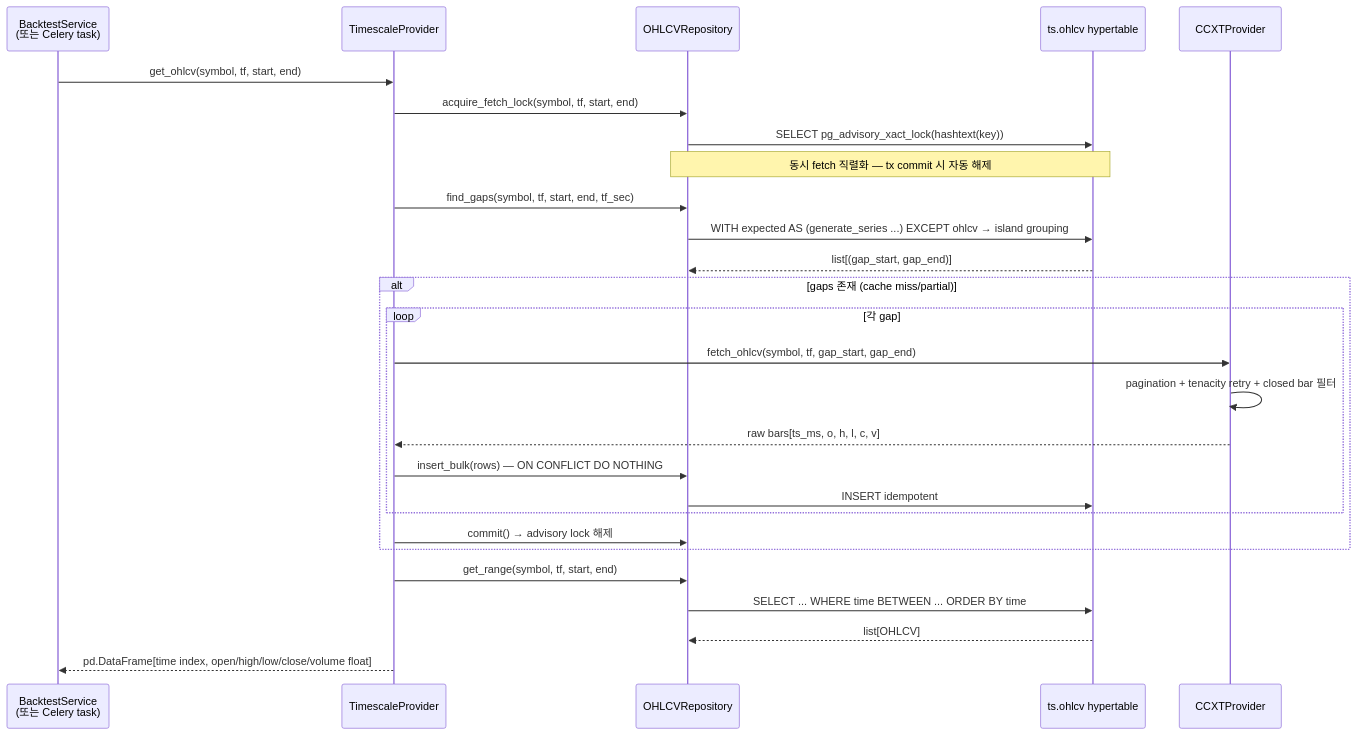
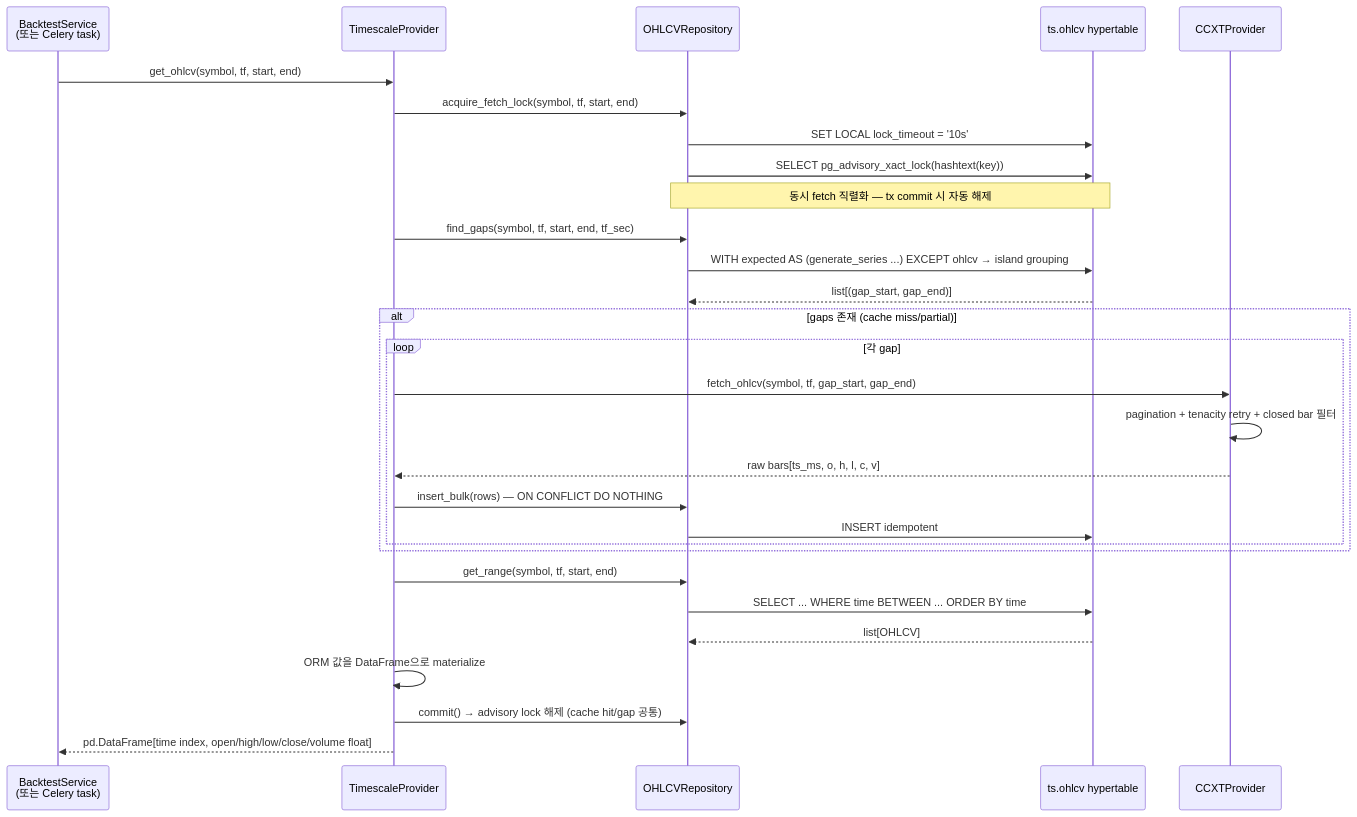
One commit to woosung-dev/quantbridge changed the sixth of 8 diagrams in docs/architecture/data-flow.md. Above: the diagram before and after it, drawn with Mermaid. The commit also changed other lines of this file and 8 other files, not shown here.

````diff
--- a/docs/architecture/data-flow.md
+++ b/docs/architecture/data-flow.md
@@ -226,33 +226,35 @@
 ```mermaid
 sequenceDiagram
     participant Backtest as BacktestService<br/>(또는 Celery task)
     participant TP as TimescaleProvider
     participant Repo as OHLCVRepository
     participant TS as ts.ohlcv hypertable
     participant CCXT as CCXTProvider
 
     Backtest->>TP: get_ohlcv(symbol, tf, start, end)
     TP->>Repo: acquire_fetch_lock(symbol, tf, start, end)
+    Repo->>TS: SET LOCAL lock_timeout = '10s'
     Repo->>TS: SELECT pg_advisory_xact_lock(hashtext(key))
     Note over Repo,TS: 동시 fetch 직렬화 — tx commit 시 자동 해제
 
     TP->>Repo: find_gaps(symbol, tf, start, end, tf_sec)
     Repo->>TS: WITH expected AS (generate_series ...) EXCEPT ohlcv → island grouping
     TS-->>Repo: list[(gap_start, gap_end)]
 
     alt gaps 존재 (cache miss/partial)
         loop 각 gap
             TP->>CCXT: fetch_ohlcv(symbol, tf, gap_start, gap_end)
             CCXT->>CCXT: pagination + tenacity retry + closed bar 필터
             CCXT-->>TP: raw bars[ts_ms, o, h, l, c, v]
             TP->>Repo: insert_bulk(rows) — ON CONFLICT DO NOTHING
             Repo->>TS: INSERT idempotent
         end
-        TP->>Repo: commit() → advisory lock 해제
     end
 
     TP->>Repo: get_range(symbol, tf, start, end)
     Repo->>TS: SELECT ... WHERE time BETWEEN ... ORDER BY time
     TS-->>Repo: list[OHLCV]
+    TP->>TP: ORM 값을 DataFrame으로 materialize
+    TP->>Repo: commit() → advisory lock 해제 (cache hit/gap 공통)
     TP-->>Backtest: pd.DataFrame[time index, open/high/low/close/volume float]
 ```
````
